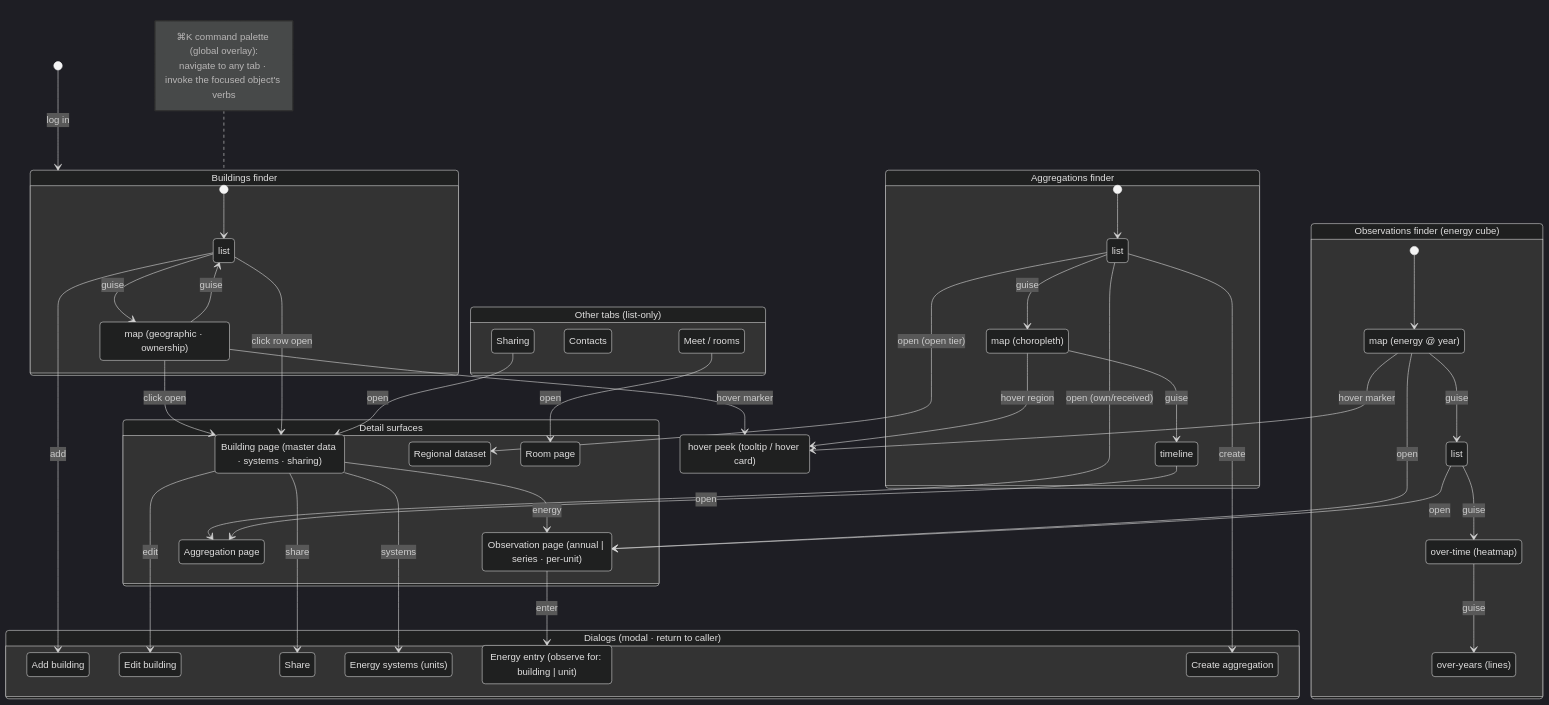
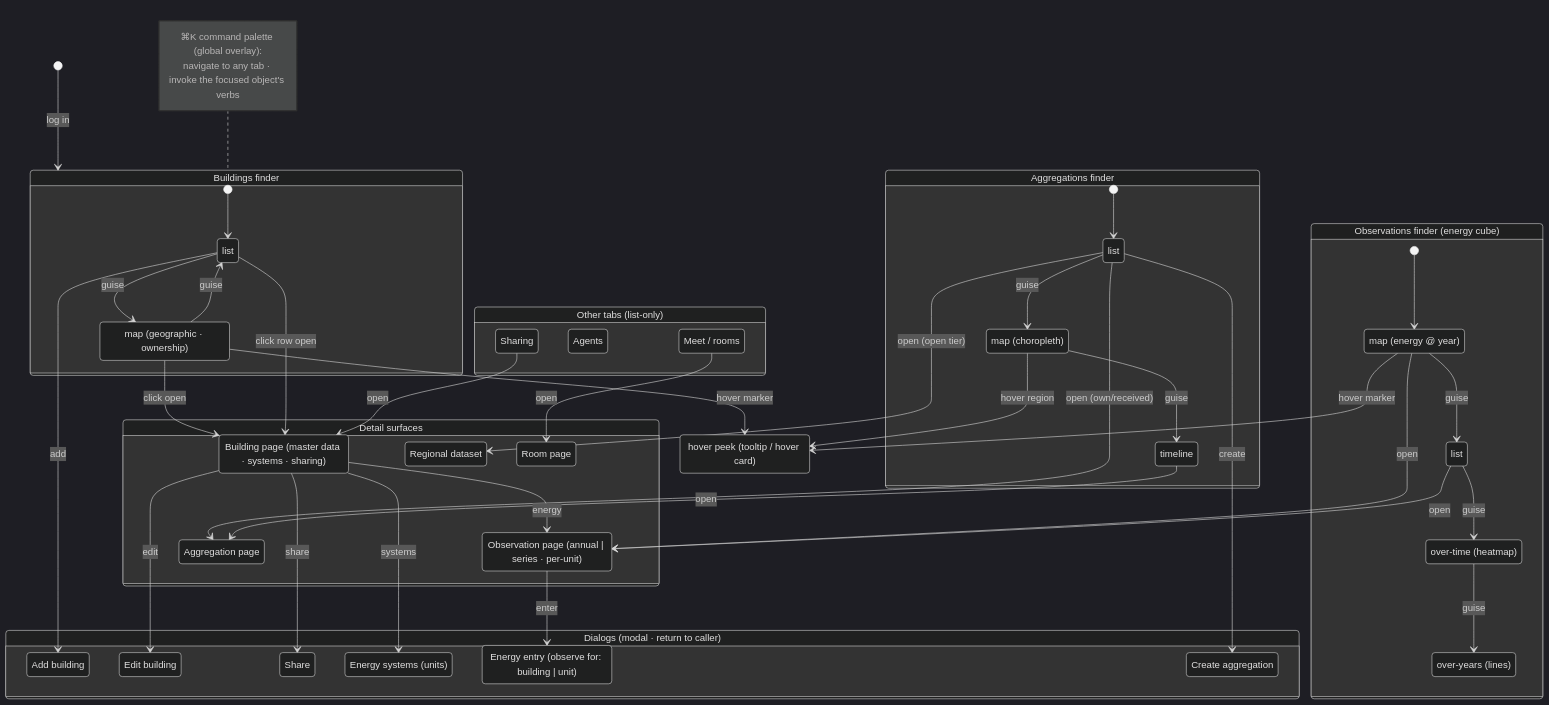
The diagram in notes/ux-overview.mmd (wintechis/granergize-webapp), drawn with Mermaid (dark theme) before and after one commit. The commit also changed 54 other files, not shown here.

````diff
--- a/notes/ux-overview.mmd
+++ b/notes/ux-overview.mmd
@@ -1,83 +1,83 @@
 %% Granergize-App — UX overview (clean forward-flow; mirrors ux-overview.dot).
 %% Mermaid stateDiagram. Render: `mmdc -i ux-overview.mmd -o ux-overview.mmd.svg`,
 %% or paste into a ```mermaid fence (GitHub renders it inline).
 stateDiagram-v2
   [*] --> Buildings: log in
 
   state "Buildings finder" as Buildings {
     [*] --> B_list
     B_list: list
     B_map: map (geographic · ownership)
     B_list --> B_map: guise
     B_map --> B_list: guise
   }
   state "Observations finder (energy cube)" as Observations {
     [*] --> O_map
     O_map: map (energy @ year)
     O_list: list
     O_overtime: over-time (heatmap)
     O_overyears: over-years (lines)
     O_map --> O_list: guise
     O_list --> O_overtime: guise
     O_overtime --> O_overyears: guise
   }
   state "Aggregations finder" as Aggregations {
     [*] --> A_list
     A_list: list
     A_map: map (choropleth)
     A_timeline: timeline
     A_list --> A_map: guise
     A_map --> A_timeline: guise
   }
   state "Other tabs (list-only)" as Others {
     Sharing
-    Contacts
+    Agents
     Meet: Meet / rooms
   }
 
   state "Detail surfaces" as Detail {
     BuildingPage: Building page (master data · systems · sharing)
     ObservationPage: Observation page (annual | series · per-unit)
     AggregationPage: Aggregation page
     RegionalPage: Regional dataset
     RoomPage: Room page
   }
 
   Peek: hover peek (tooltip / hover card)
 
   %% details-on-demand: hover = in-place peek, click = open the detail page
   B_map --> Peek: hover marker
   A_map --> Peek: hover region
   O_map --> Peek: hover marker
   B_map --> BuildingPage: click open
   B_list --> BuildingPage: click row open
   A_list --> AggregationPage: open (own/received)
   A_timeline --> AggregationPage: open
   A_list --> RegionalPage: open (open tier)
   O_map --> ObservationPage: open
   O_list --> ObservationPage: open
   Sharing --> BuildingPage: open
   Meet --> RoomPage: open
   BuildingPage --> ObservationPage: energy
 
   state "Dialogs (modal · return to caller)" as Dialogs {
     AddBuilding: Add building
     EditBuilding: Edit building
     ShareBuilding: Share
     EnergySystems: Energy systems (units)
     EnergyEntry: Energy entry (observe for: building | unit)
     CreateAgg: Create aggregation
   }
 
   B_list --> AddBuilding: add
   BuildingPage --> EditBuilding: edit
   BuildingPage --> ShareBuilding: share
   BuildingPage --> EnergySystems: systems
   ObservationPage --> EnergyEntry: enter
   A_list --> CreateAgg: create
   %% (dialog return-edges omitted here for legibility — see ux-overview-returns.dot)
 
   note left of Buildings
     ⌘K command palette (global overlay):
     navigate to any tab · invoke the focused object's verbs
   end note
````
